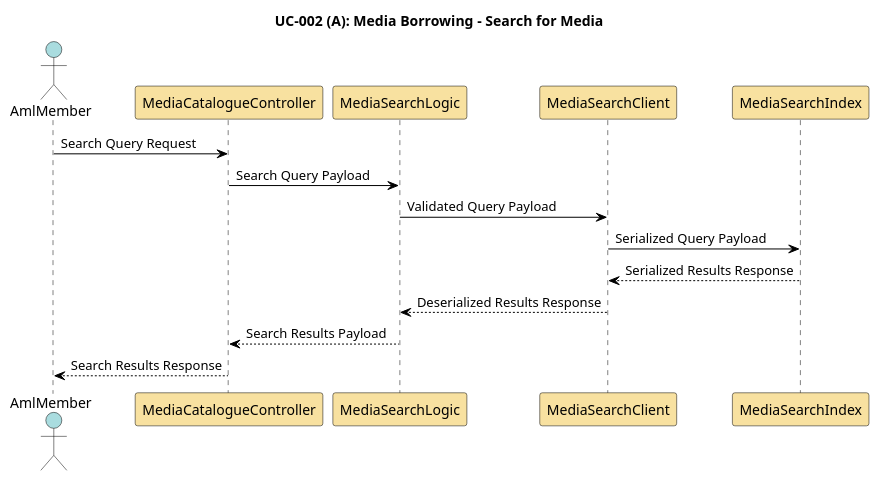
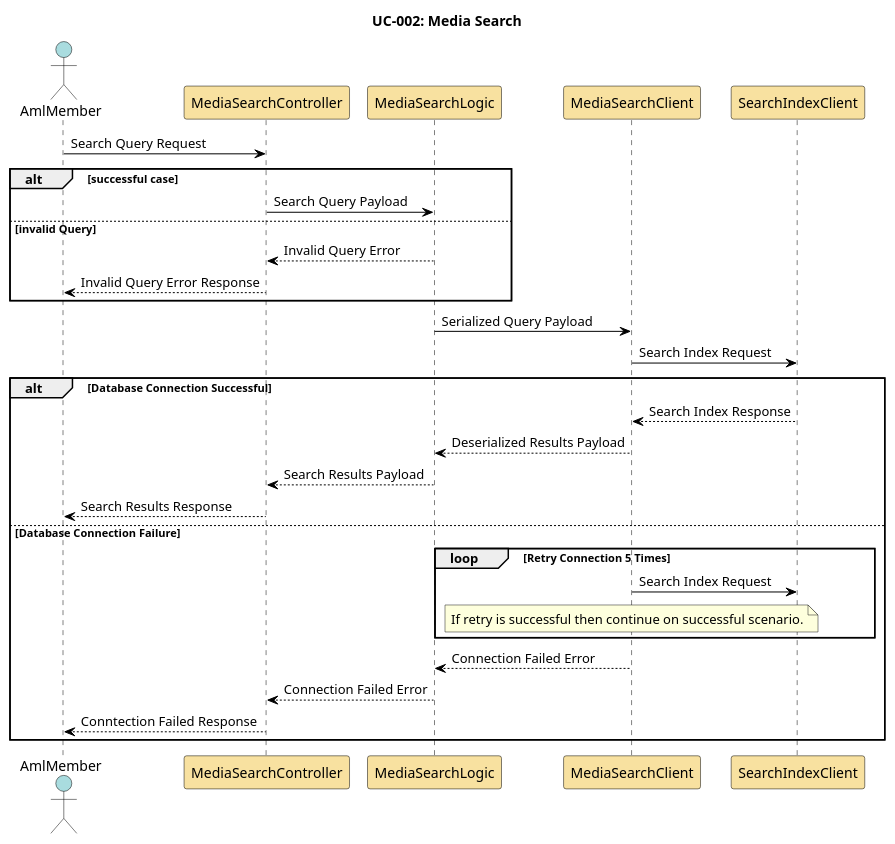
One commit to Nox-iv/group-11 changed the diagram in documentation/uml-sequence/media-search/media-search.puml. Above: the diagram before and after it, drawn with PlantUML.

Commit message:
Add alternate scenarios to media search sequence diagram.

```diff
--- a/documentation/uml-sequence/media-search/media-search.puml
+++ b/documentation/uml-sequence/media-search/media-search.puml
@@ -1,36 +1,52 @@
 @startuml media-borrowing-sequence-1
 
 skinparam sequence {
     ActorBorderColor Black
     ActorBackgroundColor #A9DCDF
     ParticipantBorderColor Black
     ParticipantBackgroundColor #F8E1A0
     LifeLineBorderColor Black
     LifeLineBackgroundColor White
     NoteBorderColor Black
     NoteBackgroundColor #FEFECE
     ArrowColor Black
     ArrowThickness 1
     ActivationBorderColor Black
     ActivationBackgroundColor #B3E2CD
 }
 
-title UC-002 (A): Media Borrowing - Search for Media
+title UC-002: Media Search
 
 actor AmlMember as aml_member
-participant MediaCatalogueController as media_search_controller
+participant MediaSearchController as media_search_controller
 participant MediaSearchLogic as media_search_logic
 participant MediaSearchClient as media_search_client
-participant MediaSearchIndex as media_search_index
+participant SearchIndexClient as media_search_index
 
 aml_member -> media_search_controller: Search Query Request
-media_search_controller -> media_search_logic: Search Query Payload
-media_search_logic -> media_search_client: Validated Query Payload
-media_search_client -> media_search_index: Serialized Query Payload
-media_search_index --> media_search_client: Serialized Results Response
-media_search_client --> media_search_logic: Deserialized Results Response
-media_search_logic --> media_search_controller: Search Results Payload
-media_search_controller --> aml_member: Search Results Response
-
+alt successful case
+    media_search_controller -> media_search_logic: Search Query Payload
+else invalid Query
+    media_search_logic --> media_search_controller: Invalid Query Error
+    media_search_controller --> aml_member: Invalid Query Error Response
+end
+media_search_logic -> media_search_client: Serialized Query Payload
+media_search_client -> media_search_index: Search Index Request
+alt Database Connection Successful
+    media_search_index --> media_search_client: Search Index Response
+    media_search_client --> media_search_logic: Deserialized Results Payload
+    media_search_logic --> media_search_controller: Search Results Payload
+    media_search_controller --> aml_member: Search Results Response
+else Database Connection Failure
+    loop Retry Connection 5 Times
+    media_search_client -> media_search_index: Search Index Request
+    note over media_search_client
+    If retry is successful then continue on successful scenario.
+    end note
+    end
+    media_search_client --> media_search_logic: Connection Failed Error
+    media_search_logic --> media_search_controller: Connection Failed Error
+    media_search_controller --> aml_member: Conntection Failed Response
+end
 
 @enduml
```
